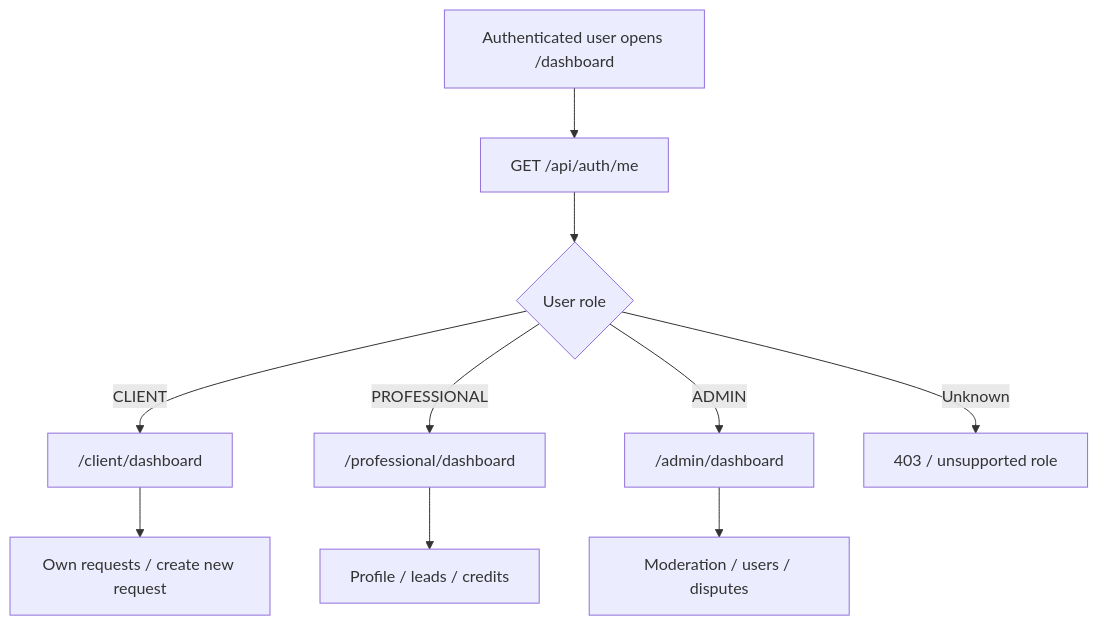
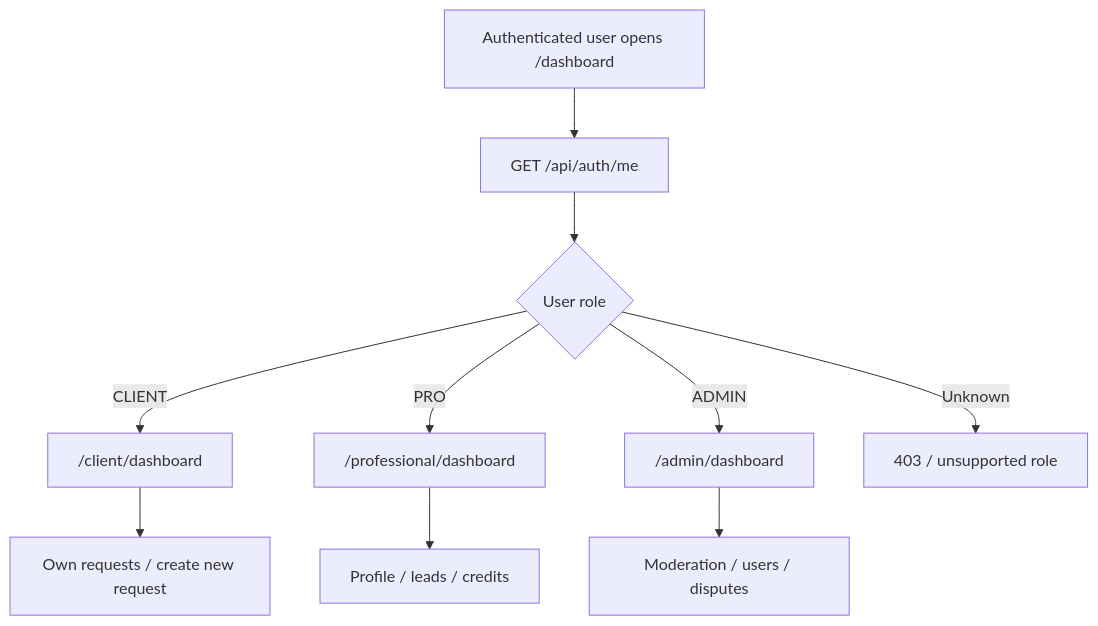
One commit to alextudorpufi/ingineria-programarii-2 changed the second of 3 diagrams in docs/dashboards-implementation-plan.md. Above: the diagram before and after it, drawn with Mermaid. The commit also changed other lines of this file and 76 other files, not shown here.

````diff
--- a/docs/dashboards-implementation-plan.md
+++ b/docs/dashboards-implementation-plan.md
@@ -62,12 +62,12 @@
 ```mermaid
 flowchart TD
     Login["Authenticated user opens /dashboard"] --> Me["GET /api/auth/me"]
     Me --> Role{"User role"}
     Role -- CLIENT --> CD["/client/dashboard"]
-    Role -- PROFESSIONAL --> PD["/professional/dashboard"]
+    Role -- PRO --> PD["/professional/dashboard"]
     Role -- ADMIN --> AD["/admin/dashboard"]
     CD --> CR["Own requests / create new request"]
     PD --> PR["Profile / leads / credits"]
     AD --> AR["Moderation / users / disputes"]
     Role -- Unknown --> Deny["403 / unsupported role"]
 ```
````
